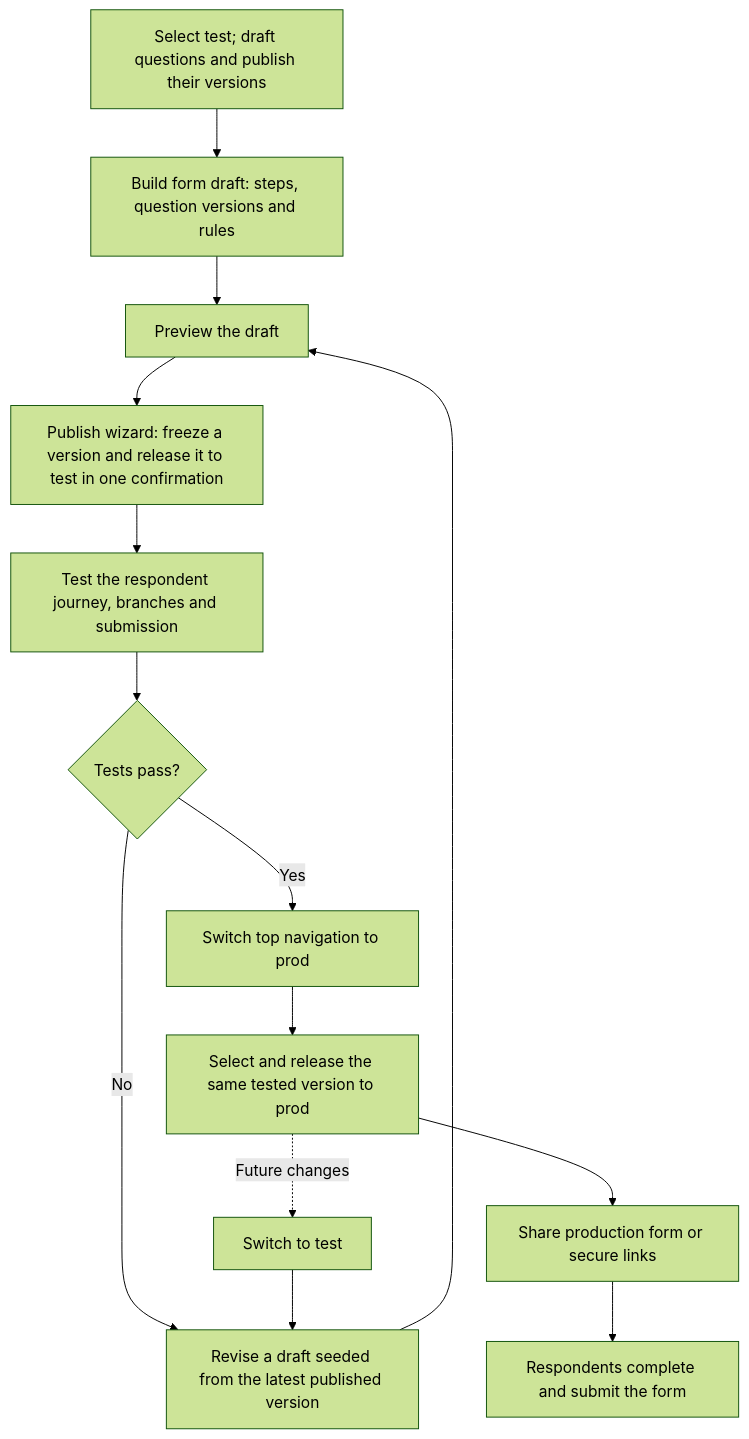
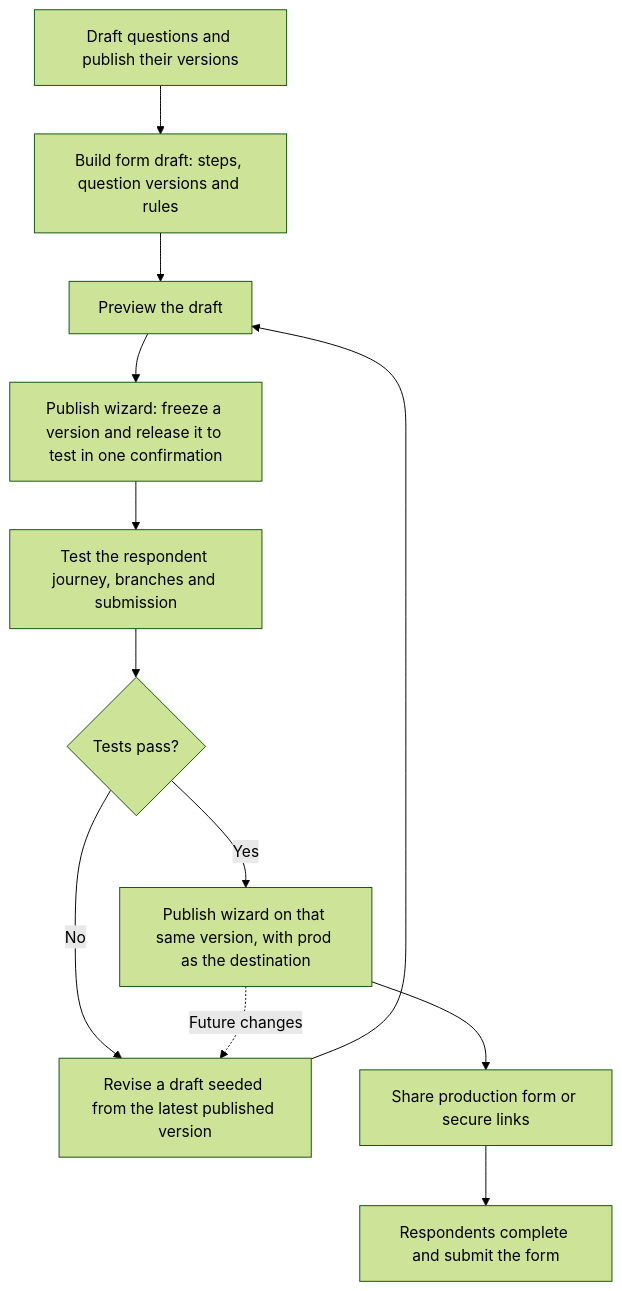
One commit to roonga/qcms changed the diagram in docs/form-publishing-flow.md. Above: the diagram before and after it, drawn with Mermaid (forest theme). The commit also changed other lines of this file and 5 other files, not shown here.

First line of the commit message:
test(e2e): cover deployment-origin prod links and record phase 7 shipping

````diff
--- a/docs/form-publishing-flow.md
+++ b/docs/form-publishing-flow.md
@@ -7,16 +8,14 @@
 ```mermaid
 flowchart TD
-    A[Select test; draft questions and publish their versions] --> B[Build form draft: steps, question versions and rules]
+    A[Draft questions and publish their versions] --> B[Build form draft: steps, question versions and rules]
     B --> P[Preview the draft]
     P --> C[Publish wizard: freeze a version and release it to test in one confirmation]
     C --> E[Test the respondent journey, branches and submission]
     E --> F{Tests pass?}
     F -->|No| G[Revise a draft seeded from the latest published version]
     G --> P
-    F -->|Yes| S[Switch top navigation to prod]
-    S --> H[Select and release the same tested version to prod]
-    H --> I[Share production form or secure links]
+    F -->|Yes| S[Publish wizard on that same version, with prod as the destination]
+    S --> I[Share production form or secure links]
     I --> J[Respondents complete and submit the form]
-    H -. Future changes .-> T[Switch to test]
-    T --> G
+    S -. Future changes .-> G
 ```
````
